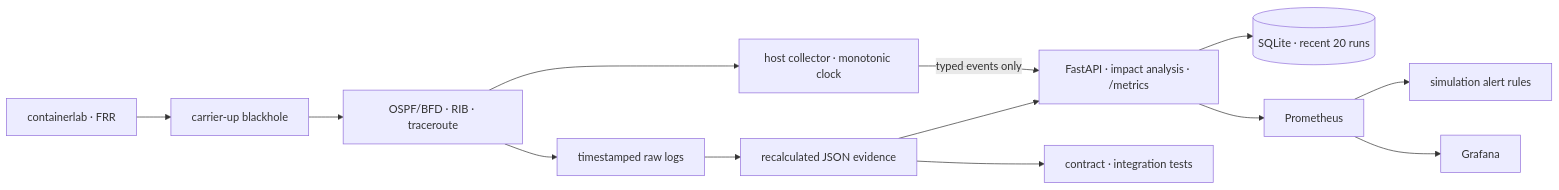
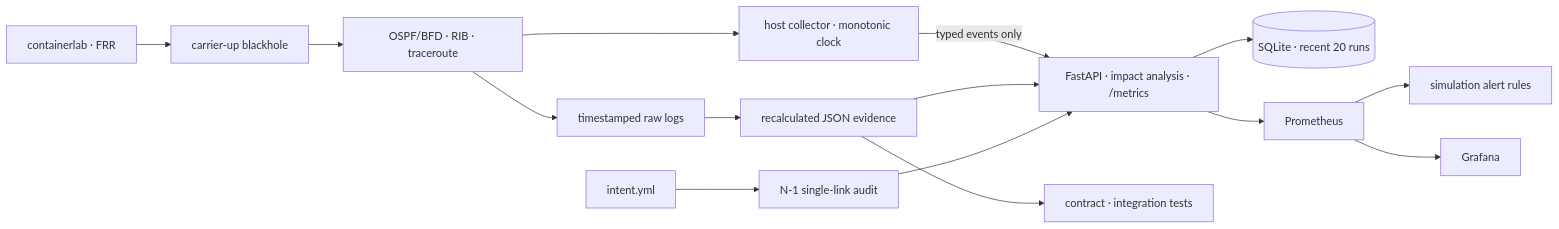
The diagram in README.md (teriyakki-jin/telconet-sentinel), drawn with Mermaid before and after one commit. The commit also changed other lines of this file and 12 other files, not shown here.

First line of the commit message:
Add deterministic N-1 link resilience audit (#14)

````diff
--- a/README.md
+++ b/README.md
@@ -47,15 +47,17 @@
 ```mermaid
 flowchart LR
     LAB["containerlab · FRR"] --> FAULT["carrier-up blackhole"]
     FAULT --> STATE["OSPF/BFD · RIB · traceroute"]
     STATE --> RAW["timestamped raw logs"]
     STATE --> COLLECTOR["host collector · monotonic clock"]
     COLLECTOR -->|"typed events only"| API
     RAW --> JSON["recalculated JSON evidence"]
     JSON --> API["FastAPI · impact analysis · /metrics"]
+    INTENT["intent.yml"] --> AUDIT["N-1 single-link audit"]
+    AUDIT --> API
     API --> DB[("SQLite · recent 20 runs")]
     API --> PROM["Prometheus"]
     PROM --> ALERT["simulation alert rules"]
     PROM --> GRAFANA["Grafana"]
     JSON --> TEST["contract · integration tests"]
 ```
````
